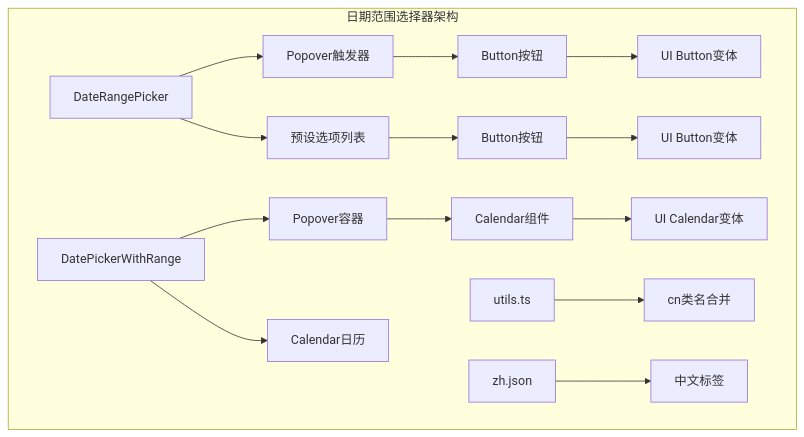
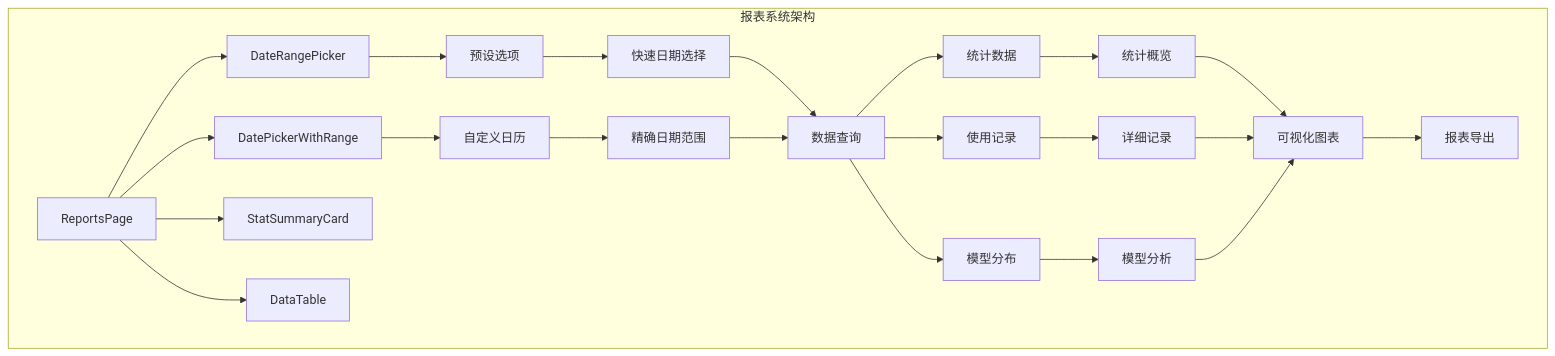
The second of 8 diagrams in .qoder/repowiki/zh/content/Date Range Picker Component.md (RadiumAg/AIGate), drawn with Mermaid before and after one commit. The commit also changed other lines of this file and 3 other files, not shown here.

````diff
--- a/.qoder/repowiki/zh/content/Date Range Picker Component.md
+++ b/.qoder/repowiki/zh/content/Date Range Picker Component.md
@@ -85,17 +105,25 @@
 ```mermaid
 graph TD
-subgraph "日期范围选择器架构"
-A[DateRangePicker] --> B[Popover触发器]
-A --> C[预设选项列表]
-D[DatePickerWithRange] --> E[Popover容器]
-D --> F[Calendar日历]
-B --> G[Button按钮]
-C --> H[Button按钮]
-E --> I[Calendar组件]
-G --> J[UI Button变体]
-H --> K[UI Button变体]
-I --> L[UI Calendar变体]
-M[utils.ts] --> N[cn类名合并]
-O[zh.json] --> P[中文标签]
+subgraph "报表系统架构"
+A[ReportsPage] --> B[DateRangePicker]
+A --> C[DatePickerWithRange]
+A --> D[StatSummaryCard]
+A --> E[DataTable]
+B --> F[预设选项]
+C --> G[自定义日历]
+F --> H[快速日期选择]
+G --> I[精确日期范围]
+H --> J[数据查询]
+I --> J
+J --> K[统计数据]
+J --> L[使用记录]
+J --> M[模型分布]
+K --> N[统计概览]
+L --> O[详细记录]
+M --> P[模型分析]
+N --> Q[可视化图表]
+O --> Q
+P --> Q
+Q --> R[报表导出]
 end
 ```
````
